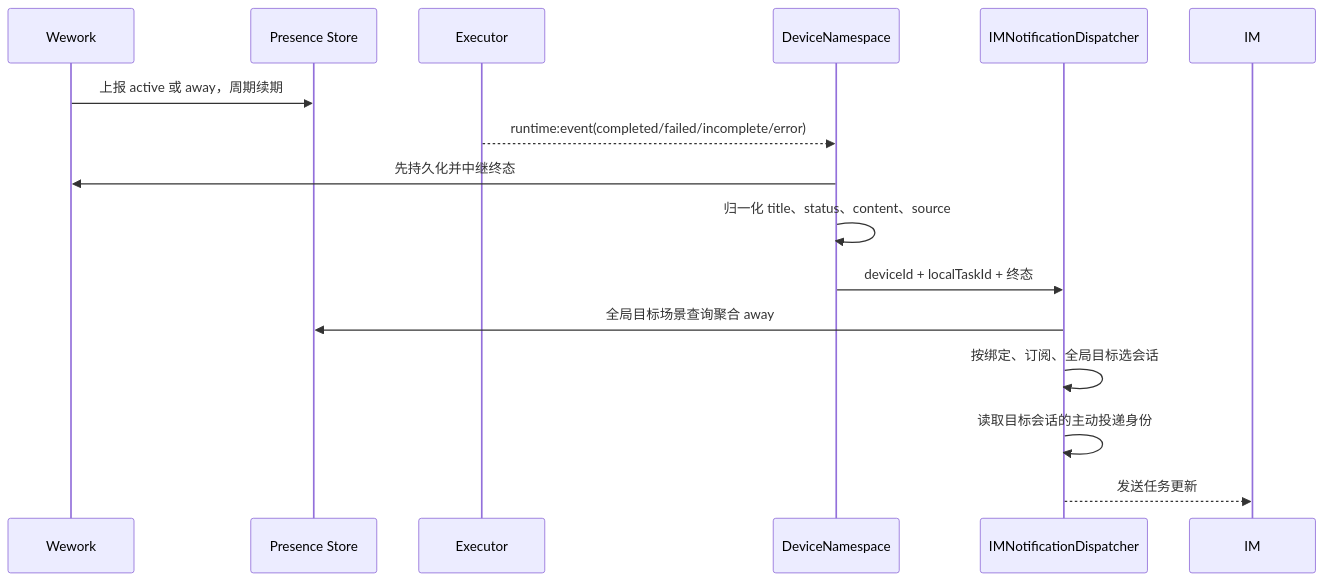
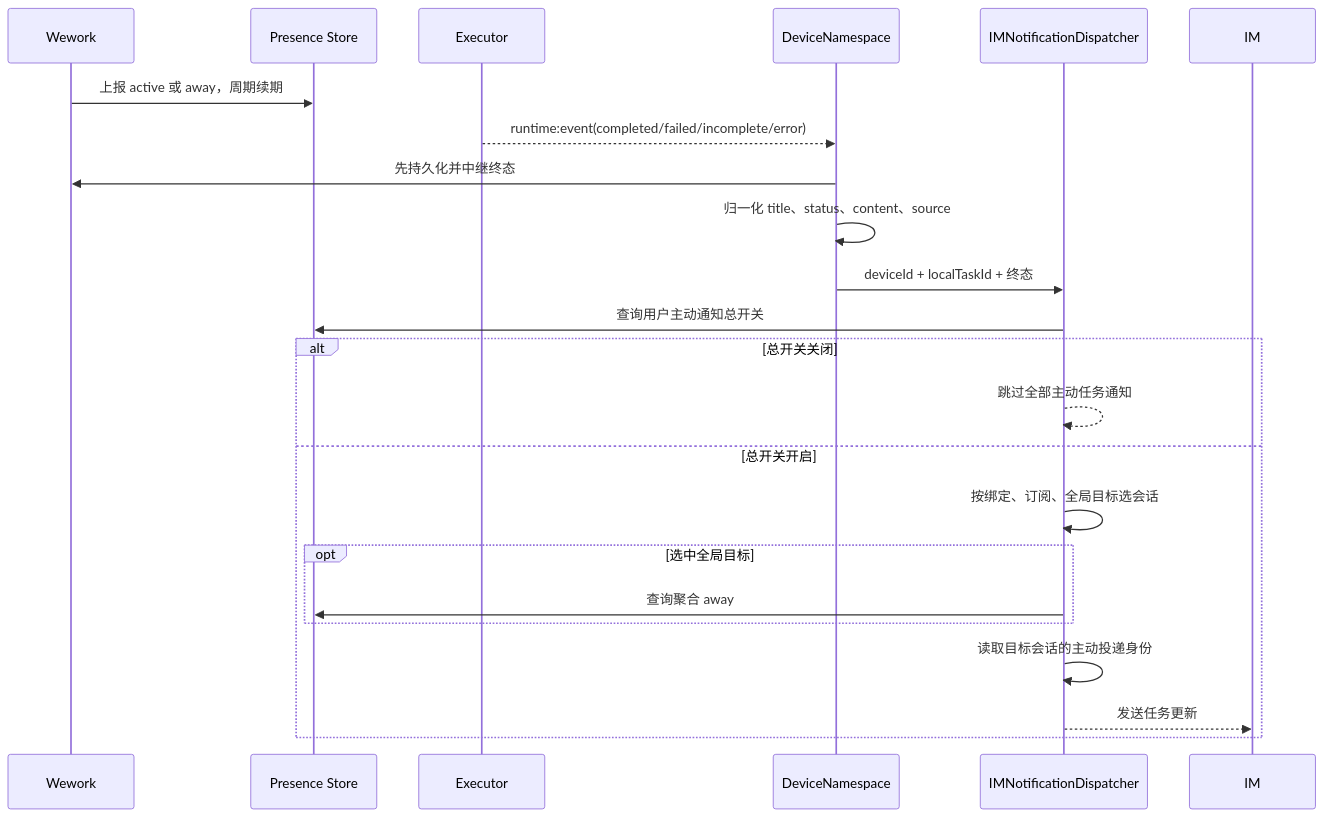
Before and after one commit to wecode-ai/Wegent: the second of 2 diagrams in docs/zh/architecture/runtime-im-notifications.md, drawn with Mermaid. The commit also changed other lines of this file and 3 other files, not shown here.

````diff
--- a/docs/zh/architecture/runtime-im-notifications.md
+++ b/docs/zh/architecture/runtime-im-notifications.md
@@ -24,19 +25,26 @@
 ```mermaid
 sequenceDiagram
     participant W as Wework
     participant P as Presence Store
     participant E as Executor
     participant D as DeviceNamespace
     participant N as IMNotificationDispatcher
     participant I as IM
 
     W->>P: 上报 active 或 away，周期续期
     E-->>D: runtime:event(completed/failed/incomplete/error)
     D->>W: 先持久化并中继终态
     D->>D: 归一化 title、status、content、source
     D->>N: deviceId + localTaskId + 终态
-    N->>P: 全局目标场景查询聚合 away
-    N->>N: 按绑定、订阅、全局目标选会话
-    N->>N: 读取目标会话的主动投递身份
-    N-->>I: 发送任务更新
+    N->>P: 查询用户主动通知总开关
+    alt 总开关关闭
+        N-->>N: 跳过全部主动任务通知
+    else 总开关开启
+        N->>N: 按绑定、订阅、全局目标选会话
+        opt 选中全局目标
+            N->>P: 查询聚合 away
+        end
+        N->>N: 读取目标会话的主动投递身份
+        N-->>I: 发送任务更新
+    end
 ```
````
